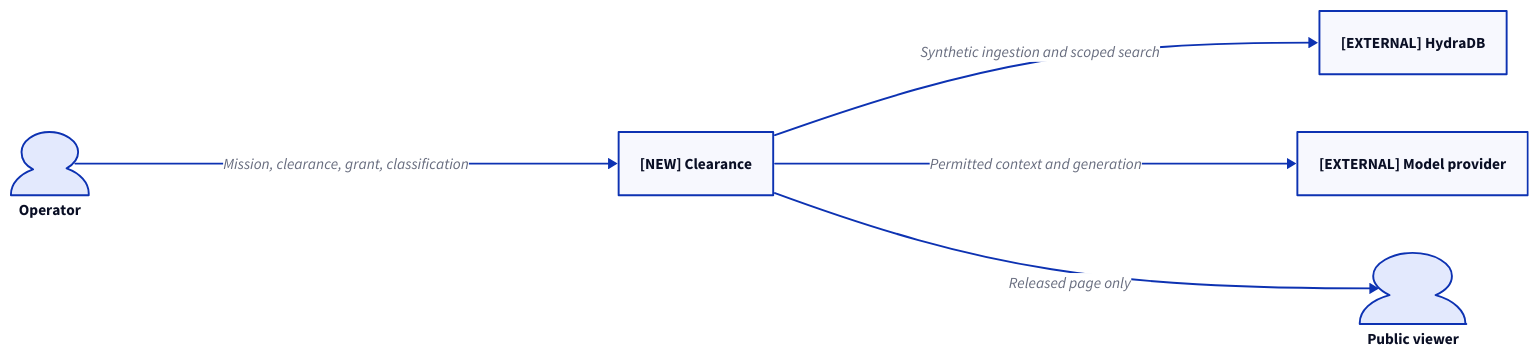
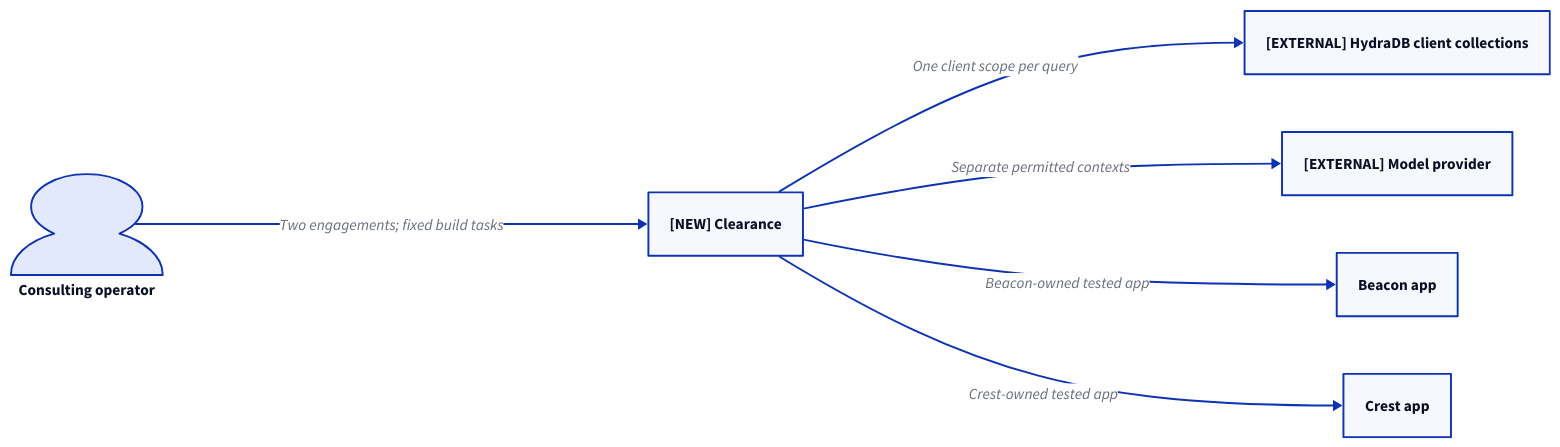
Before and after one commit to Trevillyan-Labs/clearance: the diagram in docs/specs/prototype/context.d2, drawn with D2. The commit also changed 11 other files, not shown here.

Commit message:
Reframe Clearance around isolated client software factories

```diff
--- a/docs/specs/prototype/context.d2
+++ b/docs/specs/prototype/context.d2
@@ -1,10 +1,12 @@
 direction: right
-operator: "Operator" {shape: person}
+operator: "Consulting operator" {shape: person}
 clearance: "[NEW] Clearance"
-hydra: "[EXTERNAL] HydraDB"
+hydra: "[EXTERNAL] HydraDB client collections"
 model: "[EXTERNAL] Model provider"
-viewer: "Public viewer" {shape: person}
-operator -> clearance: "Mission, clearance, grant, classification"
-clearance -> hydra: "Synthetic ingestion and scoped search"
-clearance -> model: "Permitted context and generation"
-clearance -> viewer: "Released page only"
+beacon: "Beacon app"
+crest: "Crest app"
+operator -> clearance: "Two engagements; fixed build tasks"
+clearance -> hydra: "One client scope per query"
+clearance -> model: "Separate permitted contexts"
+clearance -> beacon: "Beacon-owned tested app"
+clearance -> crest: "Crest-owned tested app"
```
